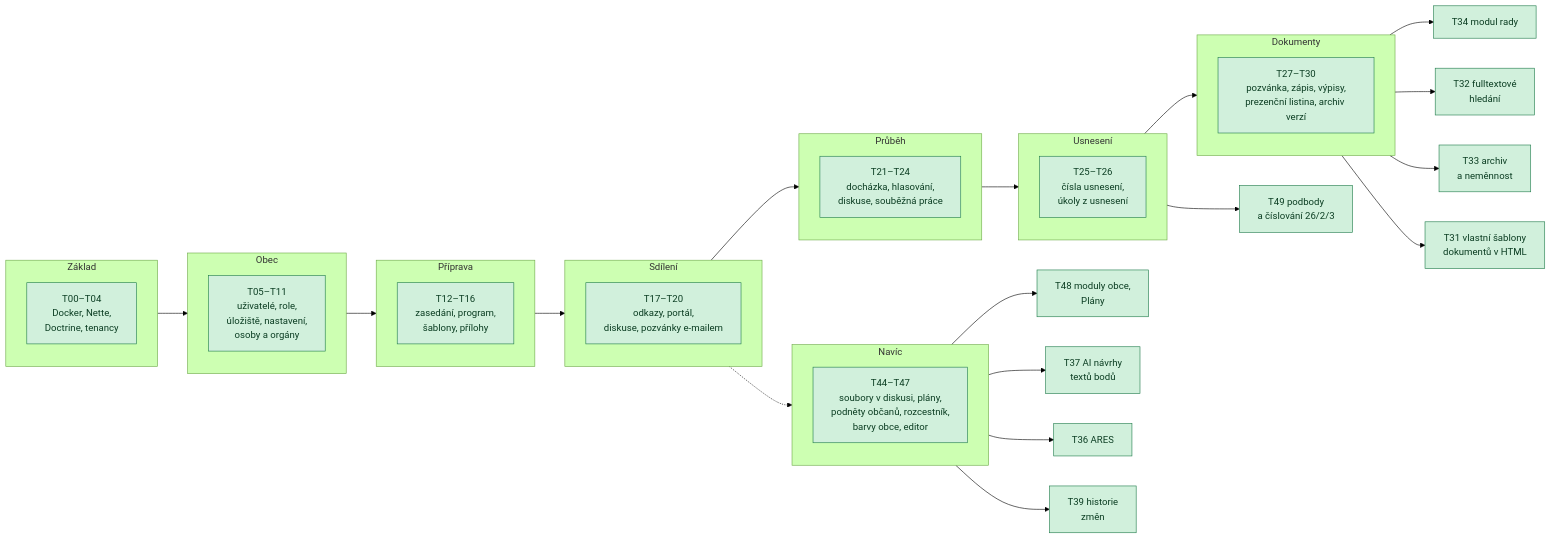
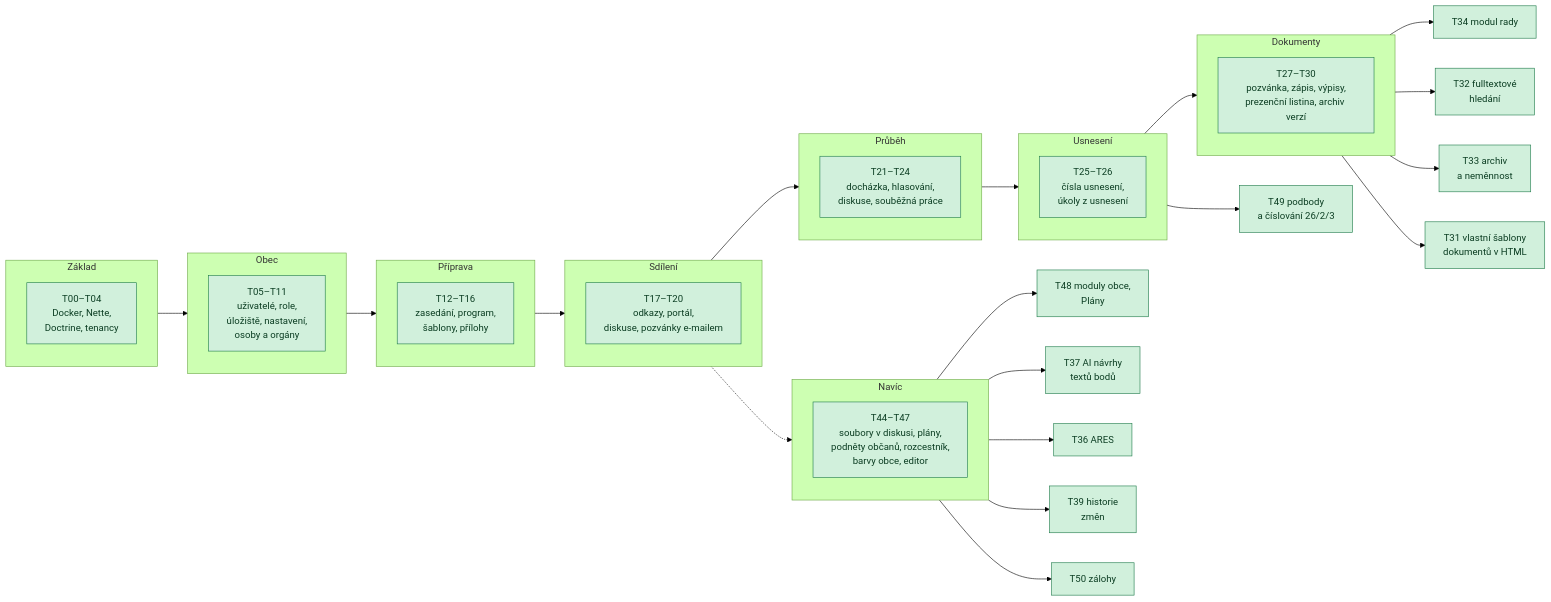
The diagram in doc/wiki/09-plan-a-stav.md (731mat/konsel), drawn with Mermaid (forest theme) before and after one commit. The commit also changed 27 other files, not shown here.

````diff
--- a/doc/wiki/09-plan-a-stav.md
+++ b/doc/wiki/09-plan-a-stav.md
@@ -7,50 +7,52 @@
 ```mermaid
 flowchart LR
     subgraph F0["Základ"]
         T00[T00–T04<br/>Docker, Nette,<br/>Doctrine, tenancy]
     end
     subgraph F1["Obec"]
         T05[T05–T11<br/>uživatelé, role,<br/>úložiště, nastavení,<br/>osoby a orgány]
     end
     subgraph F2["Příprava"]
         T12[T12–T16<br/>zasedání, program,<br/>šablony, přílohy]
     end
     subgraph F3["Sdílení"]
         T17[T17–T20<br/>odkazy, portál,<br/>diskuse, pozvánky e-mailem]
     end
     subgraph F4["Průběh"]
         T21[T21–T24<br/>docházka, hlasování,<br/>diskuse, souběžná práce]
     end
     subgraph F5["Usnesení"]
         T25[T25–T26<br/>čísla usnesení,<br/>úkoly z usnesení]
     end
     subgraph F6["Dokumenty"]
         T28[T27–T30<br/>pozvánka, zápis, výpisy,<br/>prezenční listina, archiv verzí]
     end
     subgraph F10["Navíc"]
         T44[T44–T47<br/>soubory v diskusi, plány,<br/>podněty občanů, rozcestník,<br/>barvy obce, editor]
     end
     T34[T34 modul rady]
     T32[T32 fulltextové<br/>hledání]
     T33[T33 archiv<br/>a neměnnost]
     T48[T48 moduly obce,<br/>Plány]
     T31[T31 vlastní šablony<br/>dokumentů v HTML]
     T49[T49 podbody<br/>a číslování 26/2/3]
     T37[T37 AI návrhy<br/>textů bodů]
     T36[T36 ARES]
     T39[T39 historie<br/>změn]
+    T50[T50 zálohy]
     F0 --> F1 --> F2 --> F3 --> F4 --> F5 --> F6
     F6 --> T34
     F6 --> T32
     F6 --> T33
     F10 --> T48
     F6 --> T31
     F5 --> T49
     F10 --> T37
     F10 --> T36
     F10 --> T39
+    F10 --> T50
     F3 -.-> F10
 
     classDef done fill:#d1f0dc,stroke:#1e7b4a,color:#0b3d22;
-    class T00,T05,T12,T17,T21,T25,T28,T44,T34,T32,T33,T48,T31,T49,T37,T36,T39 done;
+    class T00,T05,T12,T17,T21,T25,T28,T44,T34,T32,T33,T48,T31,T49,T37,T36,T39,T50 done;
 ```
````
